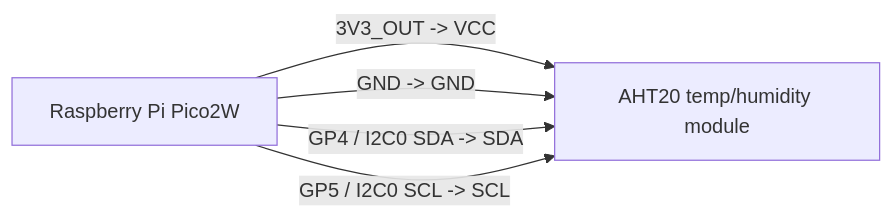
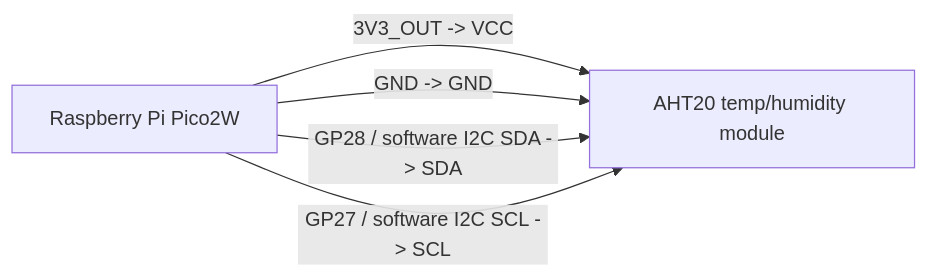
The first of 3 diagrams in thermo/onboard/hardware/pico2w/PLAN.md (jovlinger/utils), drawn with Mermaid before and after one commit. The commit also changed other lines of this file and 14 other files, not shown here.

````diff
--- a/thermo/onboard/hardware/pico2w/PLAN.md
+++ b/thermo/onboard/hardware/pico2w/PLAN.md
@@ -36,10 +37,10 @@
 ```mermaid
 flowchart LR
   pico["Raspberry Pi Pico2W"]
   aht["AHT20 temp/humidity module"]
 
   pico -- "3V3_OUT -> VCC" --> aht
   pico -- "GND -> GND" --> aht
-  pico -- "GP4 / I2C0 SDA -> SDA" --> aht
-  pico -- "GP5 / I2C0 SCL -> SCL" --> aht
+  pico -- "GP28 / software I2C SDA -> SDA" --> aht
+  pico -- "GP27 / software I2C SCL -> SCL" --> aht
 ```
````
